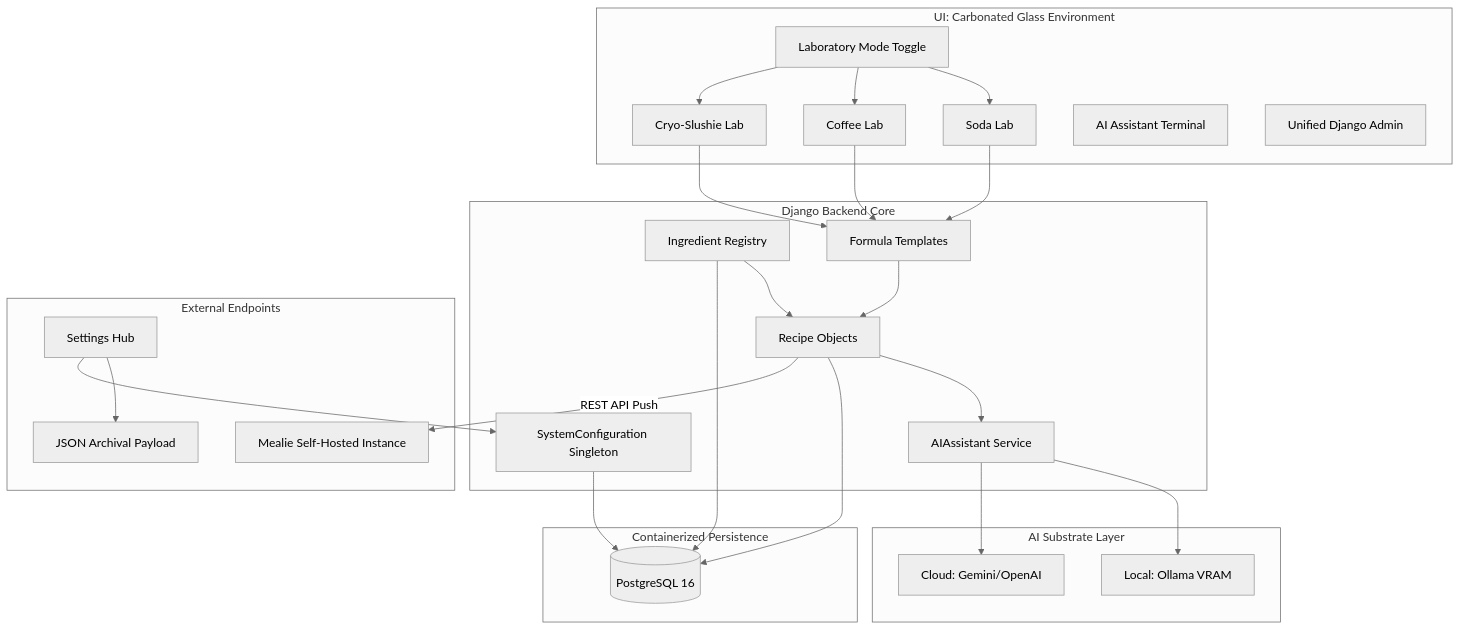
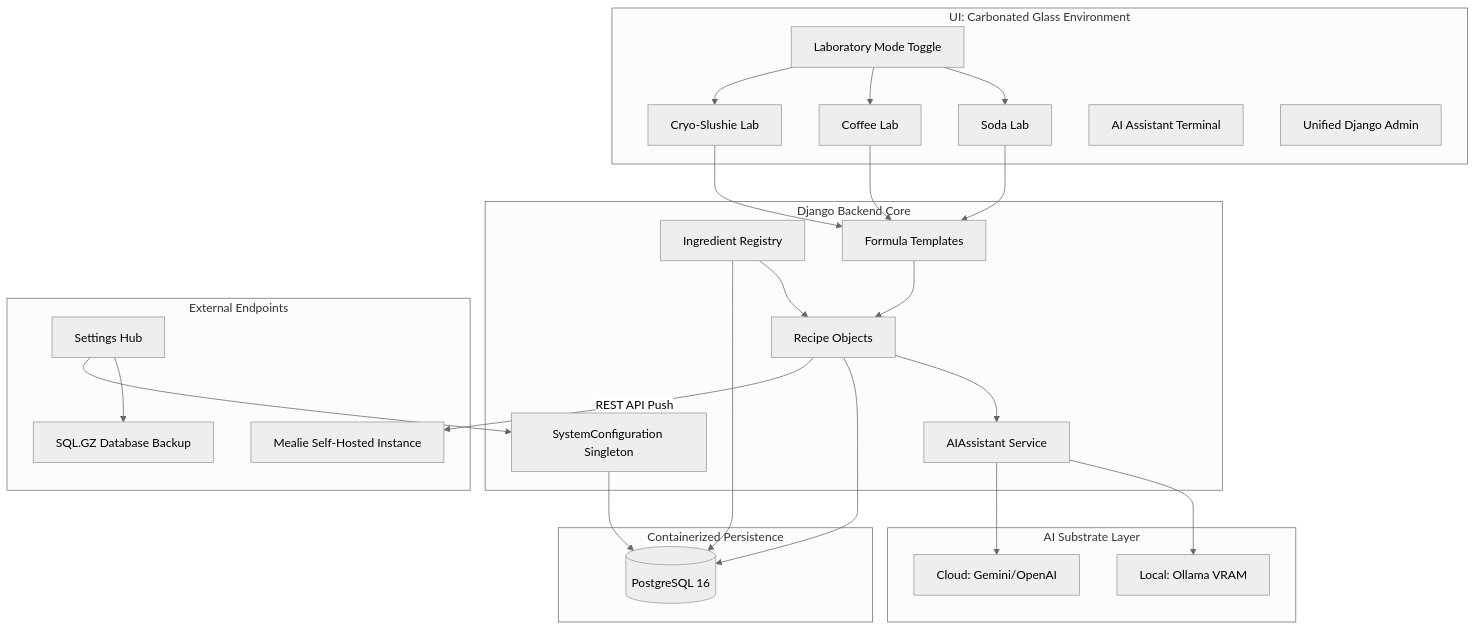
Before and after one commit to castertr0y357/BeverageLab: the diagram in README.md, drawn with Mermaid (neutral theme). The commit also changed other lines of this file and 6 other files, not shown here.

Commit message:
feat: replace json export with sql.gz db backup

````diff
--- a/README.md
+++ b/README.md
@@ -83,48 +83,48 @@
 ```mermaid
 graph TD
     subgraph Frontend [UI: Carbonated Glass Environment]
         LabMod[Laboratory Mode Toggle] --> SODA[Soda Lab]
         LabMod --> COFF[Coffee Lab]
         LabMod --> CRYO[Cryo-Slushie Lab]
         Console[AI Assistant Terminal]
         UI_Admin[Unified Django Admin]
     end
 
     subgraph Core [Django Backend Core]
         Ing[Ingredient Registry]
         Form[Formula Templates]
         Rec[Recipe Objects]
         AI_Svc[AIAssistant Service]
         SysConf[SystemConfiguration Singleton]
         
         SODA --> Form
         COFF --> Form
         CRYO --> Form
         Form --> Rec
         Ing --> Rec
         Rec --> AI_Svc
     end
 
     subgraph Data [Containerized Persistence]
         DB[(PostgreSQL 16)]
         Rec --> DB
         Ing --> DB
         SysConf --> DB
     end
     
     subgraph Neural [AI Substrate Layer]
         Ollama[Local: Ollama VRAM]
         Cloud[Cloud: Gemini/OpenAI]
         AI_Svc --> Ollama
         AI_Svc --> Cloud
     end
 
     subgraph External [External Endpoints]
         Mealie[Mealie Self-Hosted Instance]
-        Export[JSON Archival Payload]
+        Export[SQL.GZ Database Backup]
         
         Settings[Settings Hub] --> Export
         Settings --> SysConf
         Rec -- "REST API Push" --> Mealie
     end
 ```
````
